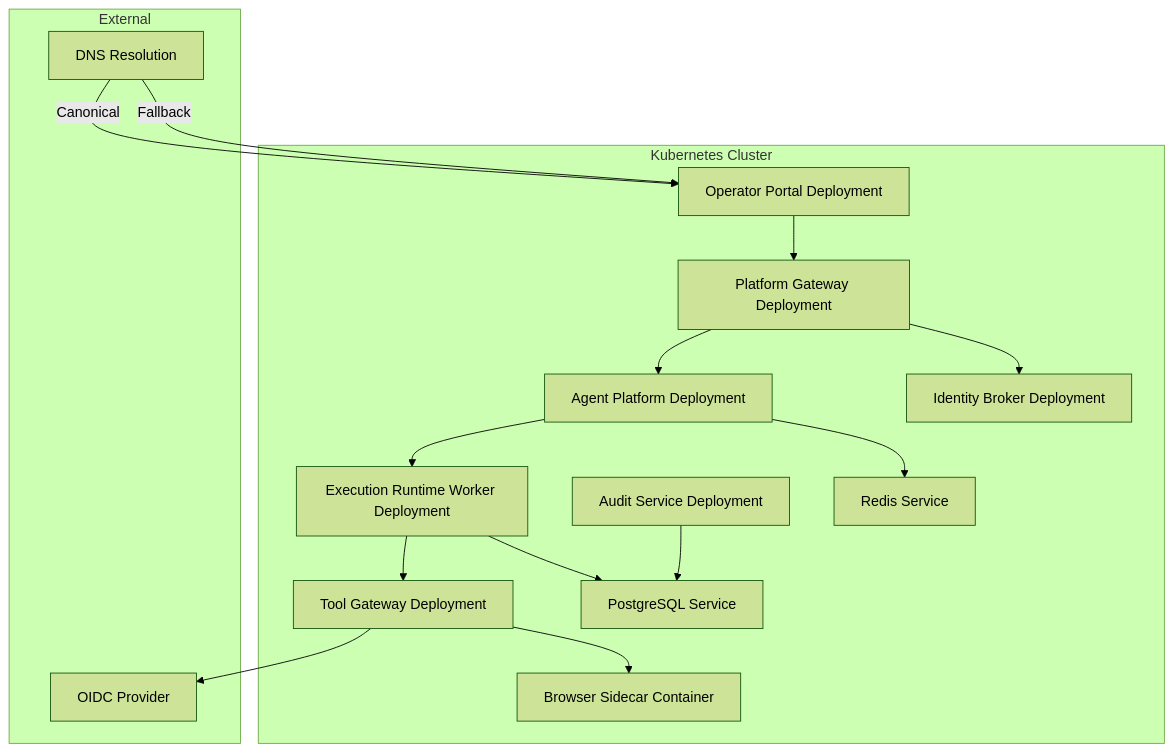
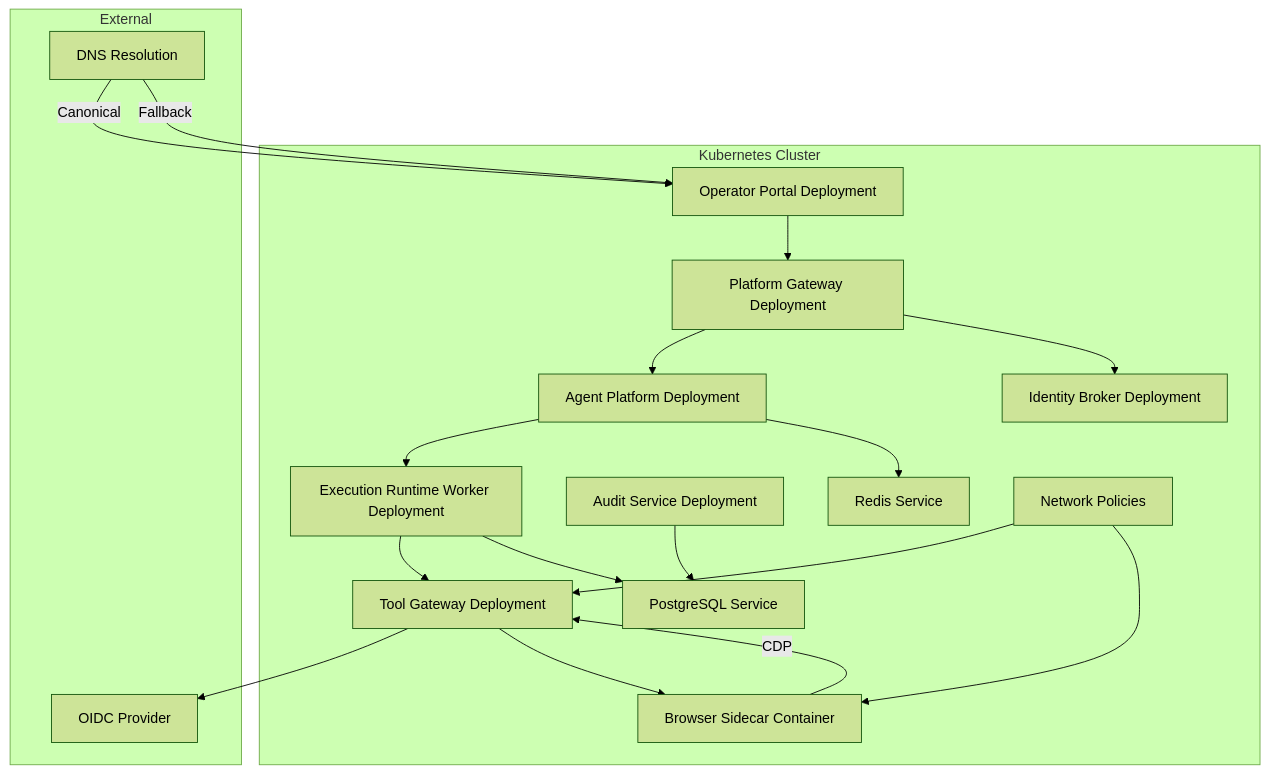
Diagram 13 of 13 in .qoder/repowiki/en/content/Architecture Documentation/Architecture Documentation.md (metasync/luban-aiops), drawn with Mermaid (forest theme) before and after one commit. The commit also changed other lines of this file and 6 other files, not shown here.

````diff
--- a/.qoder/repowiki/en/content/Architecture Documentation/Architecture Documentation.md
+++ b/.qoder/repowiki/en/content/Architecture Documentation/Architecture Documentation.md
@@ -811,31 +1043,35 @@
 ```mermaid
 graph TB
 subgraph "Kubernetes Cluster"
 PGW["Platform Gateway Deployment"]
 TGW["Tool Gateway Deployment"]
 ERW["Execution Runtime Worker Deployment"]
 AG["Agent Platform Deployment"]
 ID["Identity Broker Deployment"]
 UI["Operator Portal Deployment"]
 AS["Audit Service Deployment"]
 REDIS["Redis Service"]
 POSTGRES["PostgreSQL Service"]
 BROWSER["Browser Sidecar Container"]
+NP["Network Policies"]
 end
 subgraph "External"
 OIDC["OIDC Provider"]
 DNS["DNS Resolution"]
 end
 DNS --> |Canonical| UI
 DNS --> |Fallback| UI
 UI --> PGW
 PGW --> AG
 PGW --> ID
 AG --> ERW
 AG --> REDIS
 ERW --> TGW
 ERW --> POSTGRES
 TGW --> OIDC
 TGW --> BROWSER
+BROWSER --> |CDP| TGW
 AS --> POSTGRES
+NP --> TGW
+NP --> BROWSER
 ```
````
